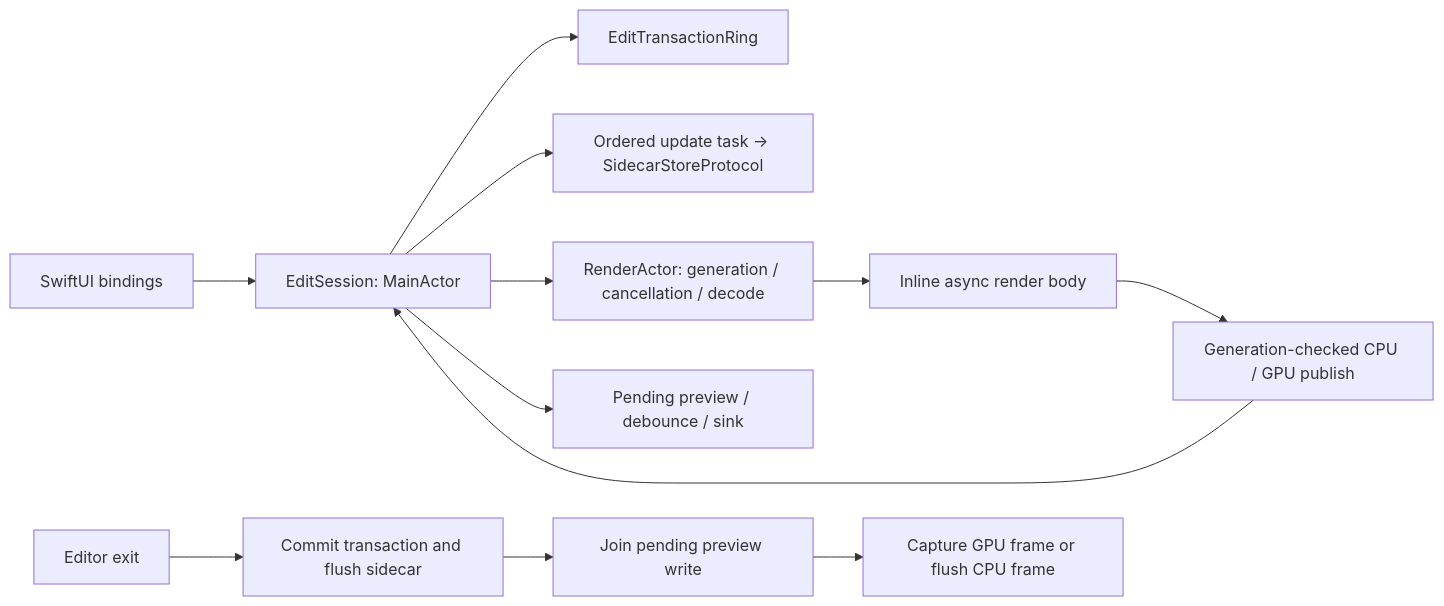
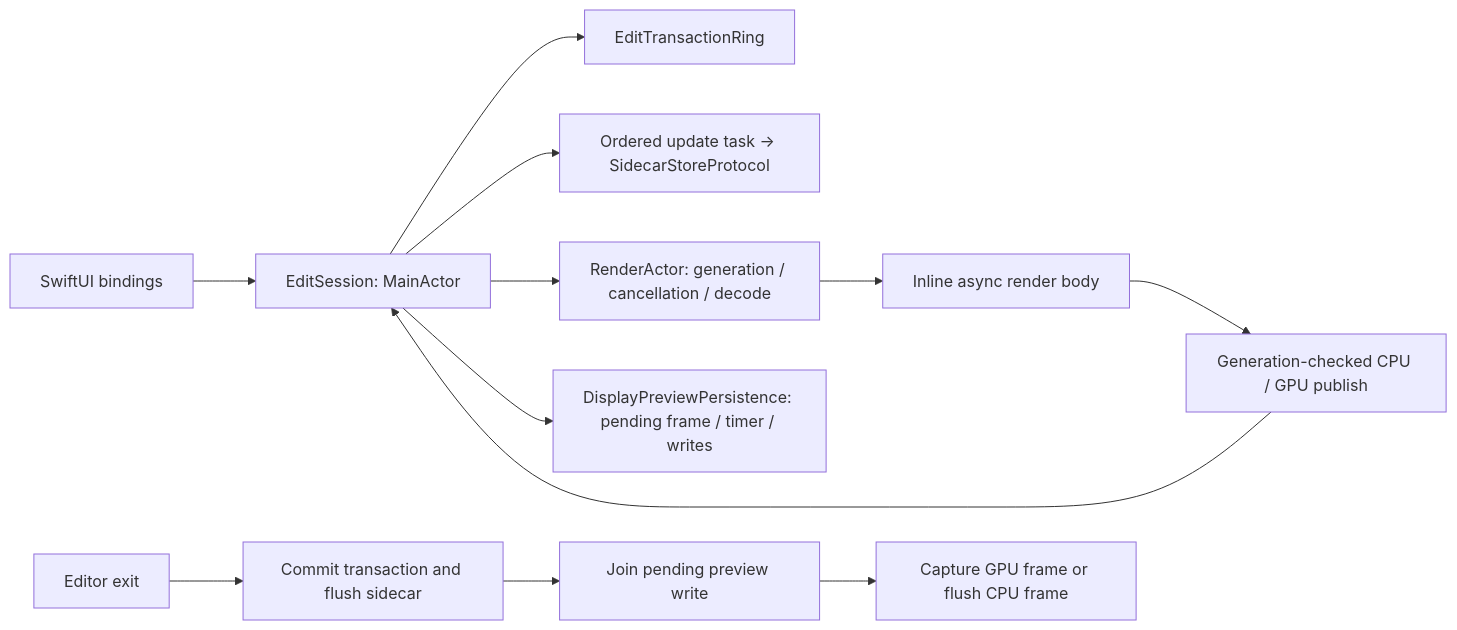
Before and after one commit to zubair-io/Maple: the second of 2 diagrams in docs/state-ownership-audit.md, drawn with Mermaid. The commit also changed other lines of this file, not shown here.

Commit message:
docs(audit): reflect landed preview persistence ownership

````diff
--- a/docs/state-ownership-audit.md
+++ b/docs/state-ownership-audit.md
@@ -60,14 +60,14 @@
 ```mermaid
 flowchart LR
     UI[SwiftUI bindings] --> Session[EditSession: MainActor]
     Session --> Transactions[EditTransactionRing]
     Session --> Sidecar[Ordered update task → SidecarStoreProtocol]
     Session --> Actor[RenderActor: generation / cancellation / decode]
     Actor --> Work[Inline async render body]
     Work --> Publish[Generation-checked CPU / GPU publish]
     Publish --> Session
-    Session --> Persist[Pending preview / debounce / sink]
+    Session --> Persist[DisplayPreviewPersistence: pending frame / timer / writes]
     Exit[Editor exit] --> Flush[Commit transaction and flush sidecar]
     Flush --> Drain[Join pending preview write]
     Drain --> GPU[Capture GPU frame or flush CPU frame]
 ```
````
